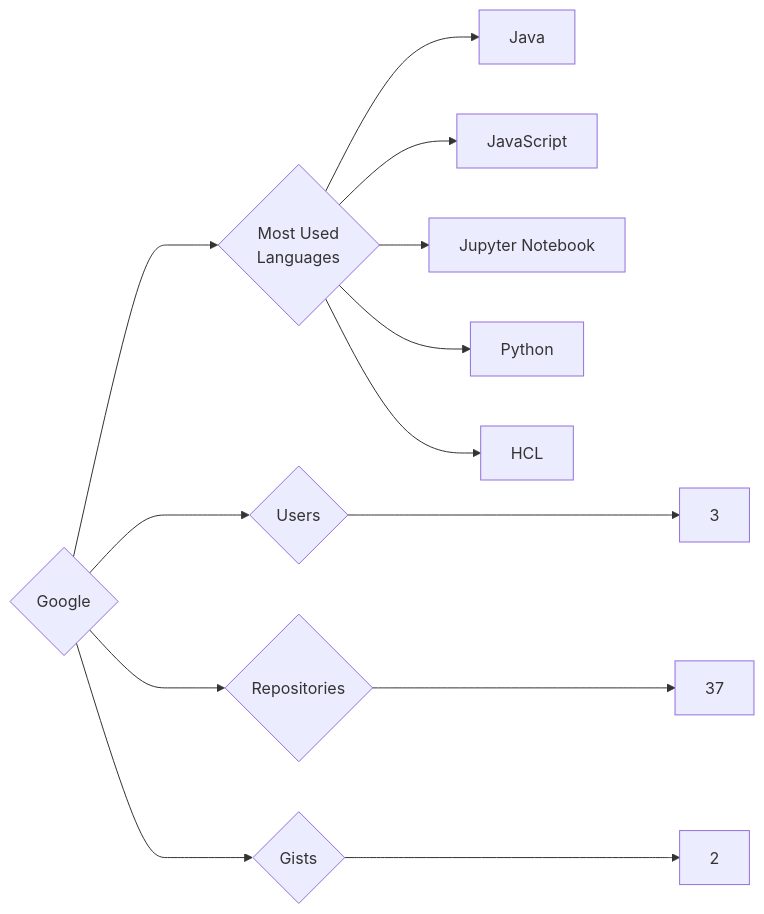
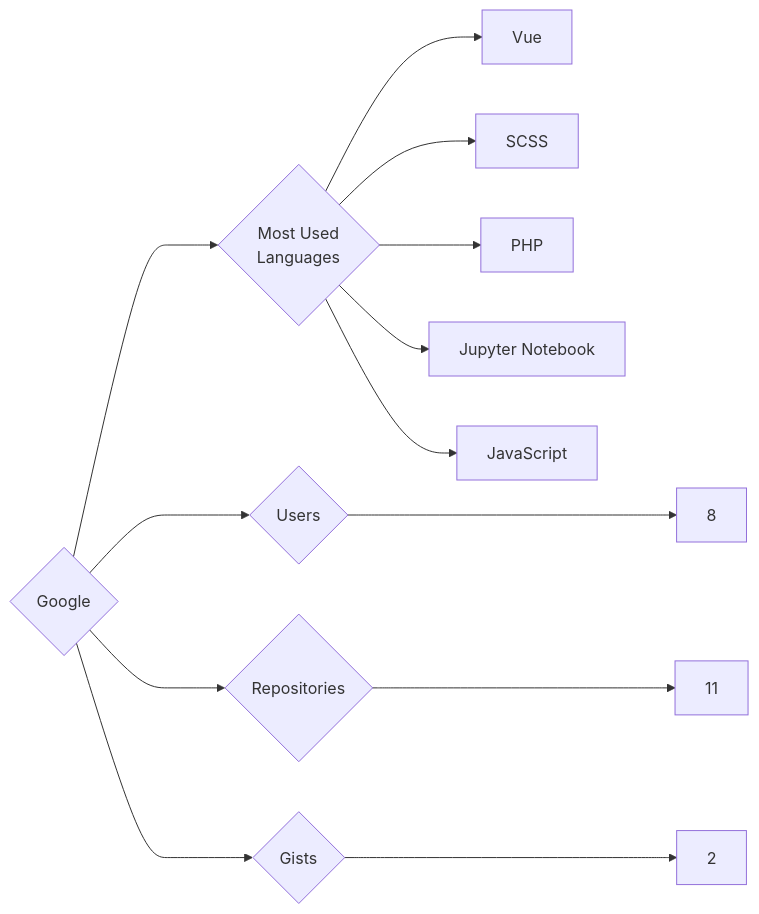
Before and after one commit to trickest/insiders: the diagram in targets/Google/README.md, drawn with Mermaid. The commit also changed 1167 other files, not shown here.

````diff
--- a/targets/Google/README.md
+++ b/targets/Google/README.md
@@ -3,13 +3,13 @@
 ```mermaid
 graph LR
 COMPANY_NAME{Google}
-COMPANY_NAME ---> U{Users} ---> UN[3]
-COMPANY_NAME ---> R{Repositories} ---> RN[37]
+COMPANY_NAME ---> U{Users} ---> UN[8]
+COMPANY_NAME ---> R{Repositories} ---> RN[11]
 COMPANY_NAME ---> G{Gists} ---> GN[2]
 COMPANY_NAME ---> ML{Most Used<br>Languages}
-ML --> Java[Java]
+ML --> Vue[Vue]
+ML --> SCSS[SCSS]
+ML --> PHP[PHP]
+ML --> Jupyter_Notebook[Jupyter Notebook]
 ML --> JavaScript[JavaScript]
-ML --> Jupyter_Notebook[Jupyter Notebook]
-ML --> Python[Python]
-ML --> HCL[HCL]
 ```
````
